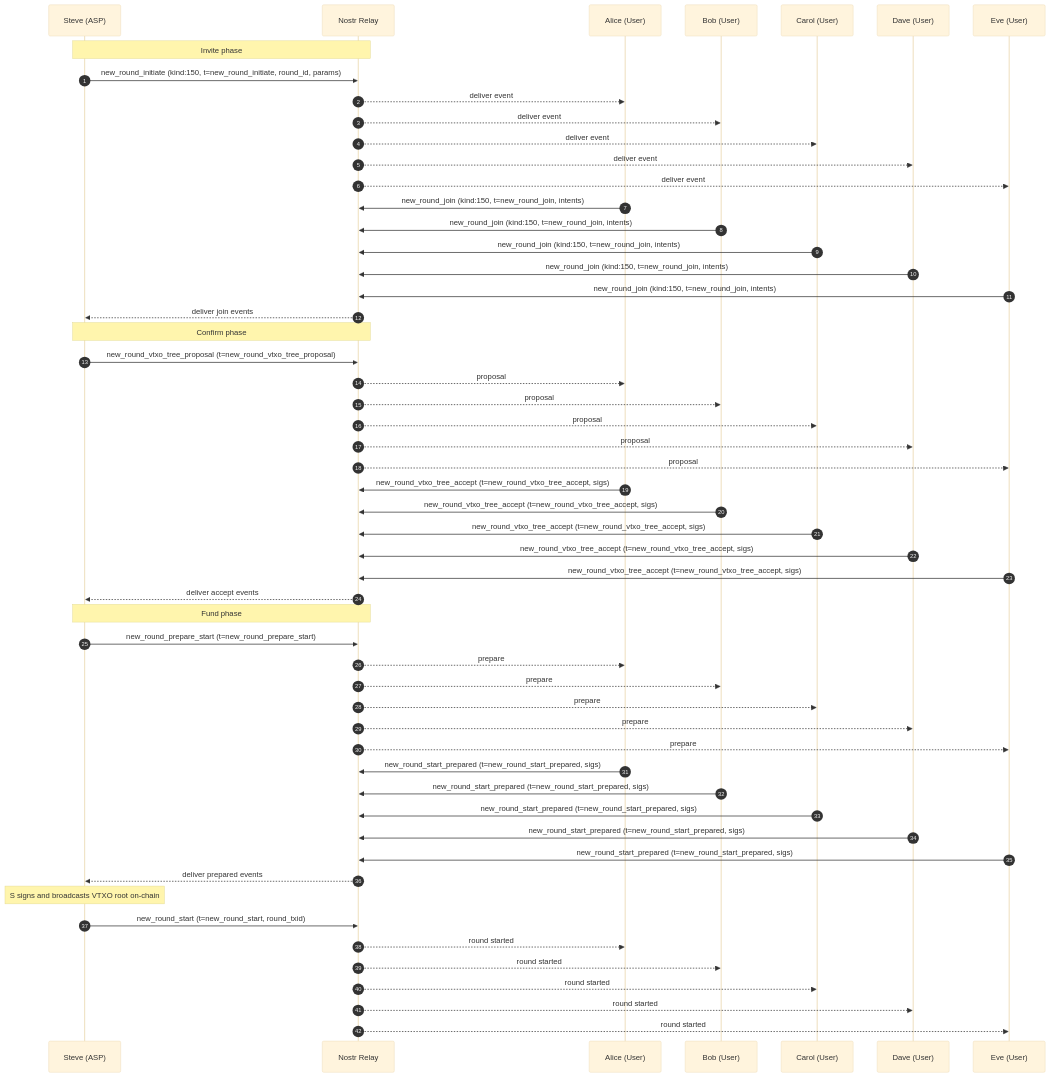
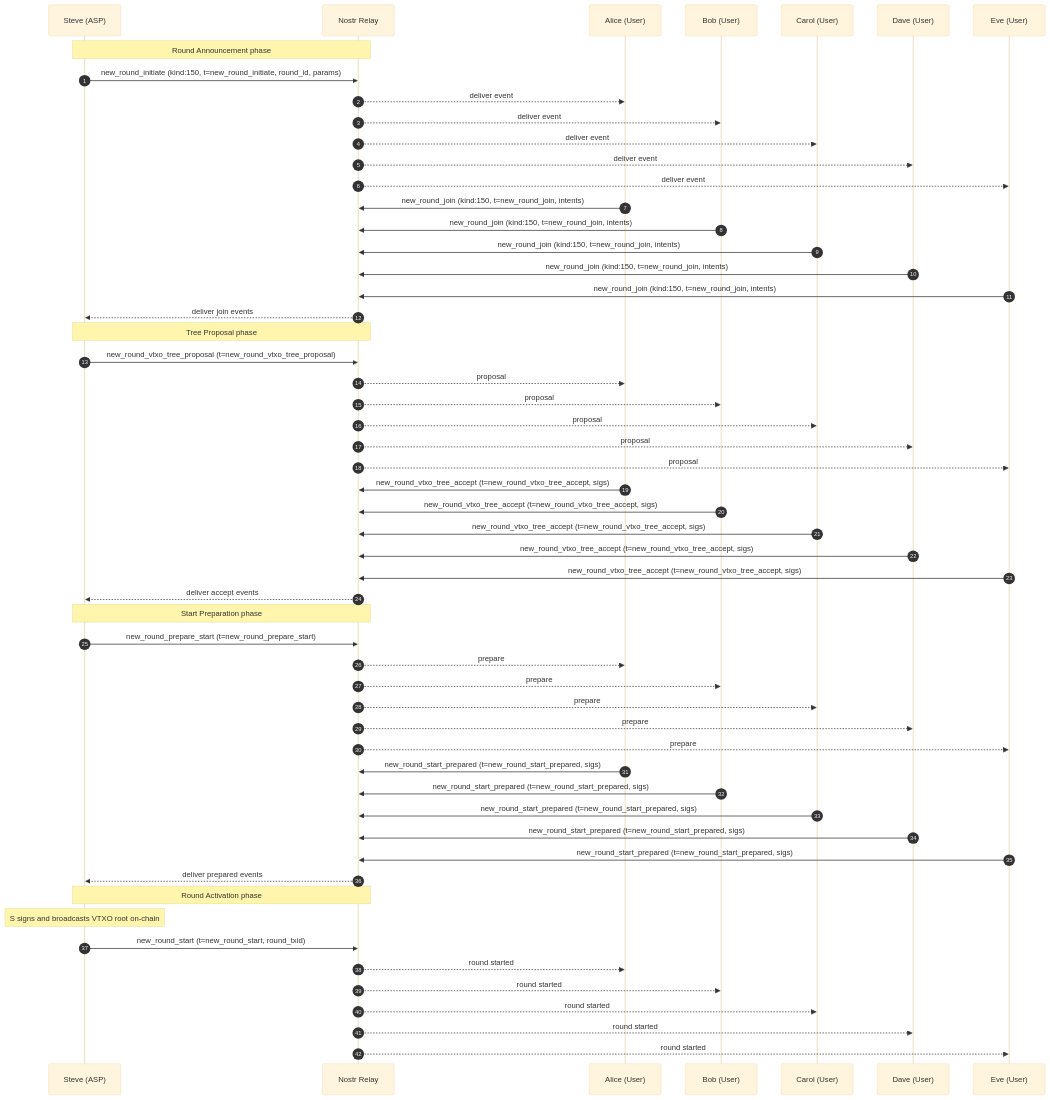
One commit to OpenARK-Organisation/openark changed the diagram in examples/example-1.0-create-first-vtxo-tree.md. Above: the diagram before and after it, drawn with Mermaid (base theme). The commit also changed other lines of this file and 1 other file, not shown here.

Commit message:
docs: align phase names and add linked step cards for example 1.0

````diff
--- a/examples/example-1.0-create-first-vtxo-tree.md
+++ b/examples/example-1.0-create-first-vtxo-tree.md
@@ -16,64 +22,65 @@
 ```mermaid
 sequenceDiagram
     autonumber
     participant S as Steve (ASP)
     participant R as Nostr Relay
     participant A as Alice (User)
     participant B as Bob (User)
     participant C as Carol (User)
     participant D as Dave (User)
     participant E as Eve (User)
 
-    Note over S,R: Invite phase
+    Note over S,R: Round Announcement phase
     S->>R: new_round_initiate (kind:150, t=new_round_initiate, round_id, params)
     R-->>A: deliver event
     R-->>B: deliver event
     R-->>C: deliver event
     R-->>D: deliver event
     R-->>E: deliver event
 
     A->>R: new_round_join (kind:150, t=new_round_join, intents)
     B->>R: new_round_join (kind:150, t=new_round_join, intents)
     C->>R: new_round_join (kind:150, t=new_round_join, intents)
     D->>R: new_round_join (kind:150, t=new_round_join, intents)
     E->>R: new_round_join (kind:150, t=new_round_join, intents)
     R-->>S: deliver join events
 
-    Note over S,R: Confirm phase
+    Note over S,R: Tree Proposal phase
     S->>R: new_round_vtxo_tree_proposal (t=new_round_vtxo_tree_proposal)
     R-->>A: proposal
     R-->>B: proposal
     R-->>C: proposal
     R-->>D: proposal
     R-->>E: proposal
 
     A->>R: new_round_vtxo_tree_accept (t=new_round_vtxo_tree_accept, sigs)
     B->>R: new_round_vtxo_tree_accept (t=new_round_vtxo_tree_accept, sigs)
     C->>R: new_round_vtxo_tree_accept (t=new_round_vtxo_tree_accept, sigs)
     D->>R: new_round_vtxo_tree_accept (t=new_round_vtxo_tree_accept, sigs)
     E->>R: new_round_vtxo_tree_accept (t=new_round_vtxo_tree_accept, sigs)
     R-->>S: deliver accept events
 
-    Note over S,R: Fund phase
+    Note over S,R: Start Preparation phase
     S->>R: new_round_prepare_start (t=new_round_prepare_start)
     R-->>A: prepare
     R-->>B: prepare
     R-->>C: prepare
     R-->>D: prepare
     R-->>E: prepare
 
     A->>R: new_round_start_prepared (t=new_round_start_prepared, sigs)
     B->>R: new_round_start_prepared (t=new_round_start_prepared, sigs)
     C->>R: new_round_start_prepared (t=new_round_start_prepared, sigs)
     D->>R: new_round_start_prepared (t=new_round_start_prepared, sigs)
     E->>R: new_round_start_prepared (t=new_round_start_prepared, sigs)
     R-->>S: deliver prepared events
 
+    Note over S,R: Round Activation phase
     Note over S: S signs and broadcasts VTXO root on-chain
     S->>R: new_round_start (t=new_round_start, round_txid)
     R-->>A: round started
     R-->>B: round started
     R-->>C: round started
     R-->>D: round started
     R-->>E: round started
 ```
````
